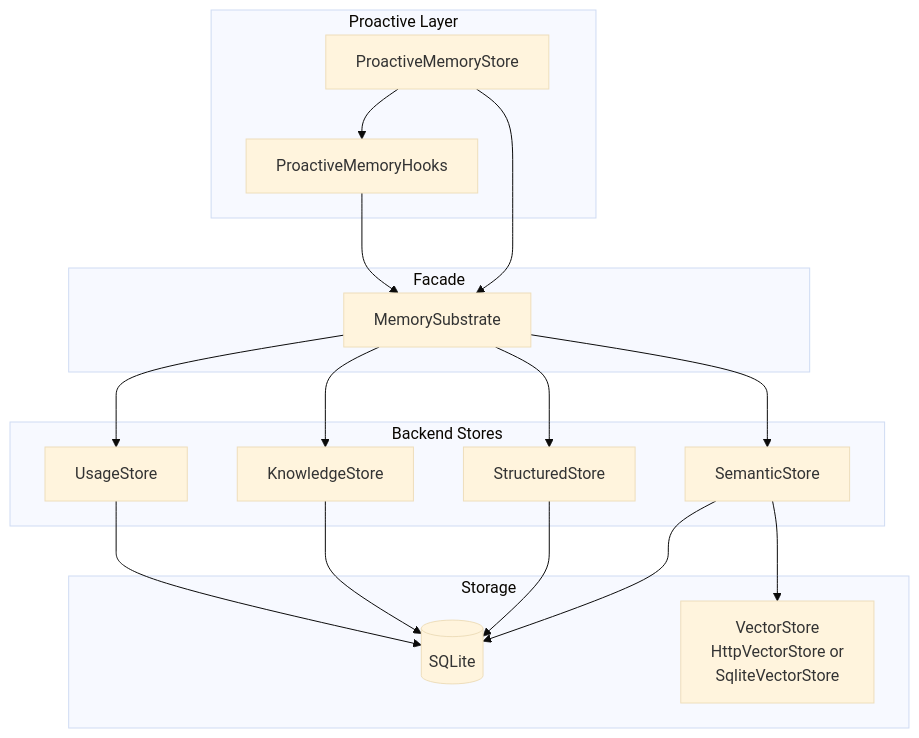
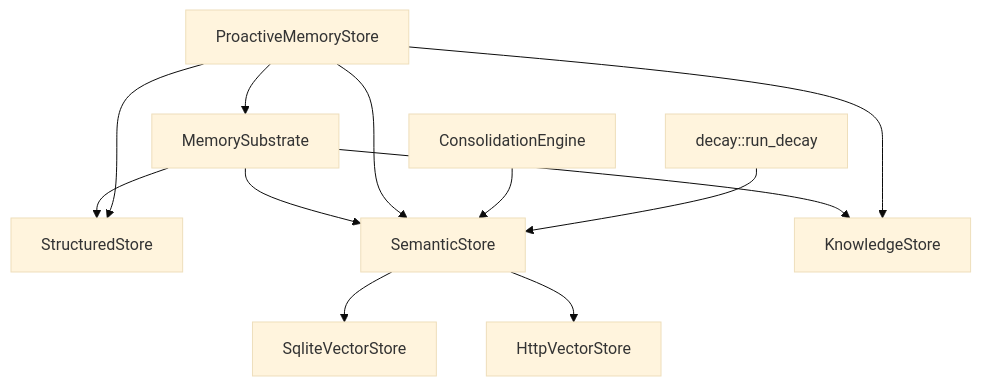
Before and after one commit to leszek3737/librefang-WIki: the diagram in memory-management.md, drawn with Mermaid (base theme). The commit also changed other lines of this file and 56 other files, not shown here.

````diff
--- a/memory-management.md
+++ b/memory-management.md
@@ -17,36 +11,14 @@
 ```mermaid
-graph TB
-    subgraph "Proactive Layer"
-        PM[ProactiveMemoryStore]
-        PMH[ProactiveMemoryHooks]
-    end
-
-    subgraph "Facade"
-        MS[MemorySubstrate]
-    end
-
-    subgraph "Backend Stores"
-        SS[SemanticStore]
-        Str[StructuredStore]
-        KG[KnowledgeStore]
-        US[UsageStore]
-    end
-
-    subgraph "Storage"
-        SQLite[(SQLite)]
-        Vec[VectorStore<br/>HttpVectorStore or<br/>SqliteVectorStore]
-    end
-
-    PM --> PMH
-    PM --> MS
-    PMH --> MS
-    MS --> SS
-    MS --> Str
-    MS --> KG
-    MS --> US
-    SS --> SQLite
-    SS --> Vec
-    Str --> SQLite
-    KG --> SQLite
-    US --> SQLite
+graph TD
+    A[ProactiveMemoryStore] --> B[MemorySubstrate]
+    B --> C[StructuredStore]
+    B --> D[SemanticStore]
+    B --> E[KnowledgeStore]
+    D --> F[SqliteVectorStore]
+    D --> G[HttpVectorStore]
+    A --> C
+    A --> D
+    A --> E
+    H[ConsolidationEngine] --> D
+    I[decay::run_decay] --> D
 ```
````
